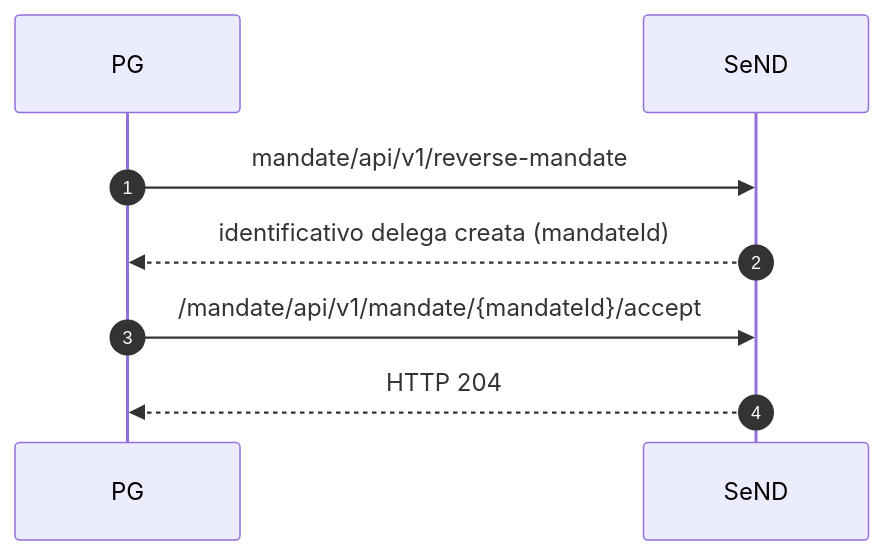
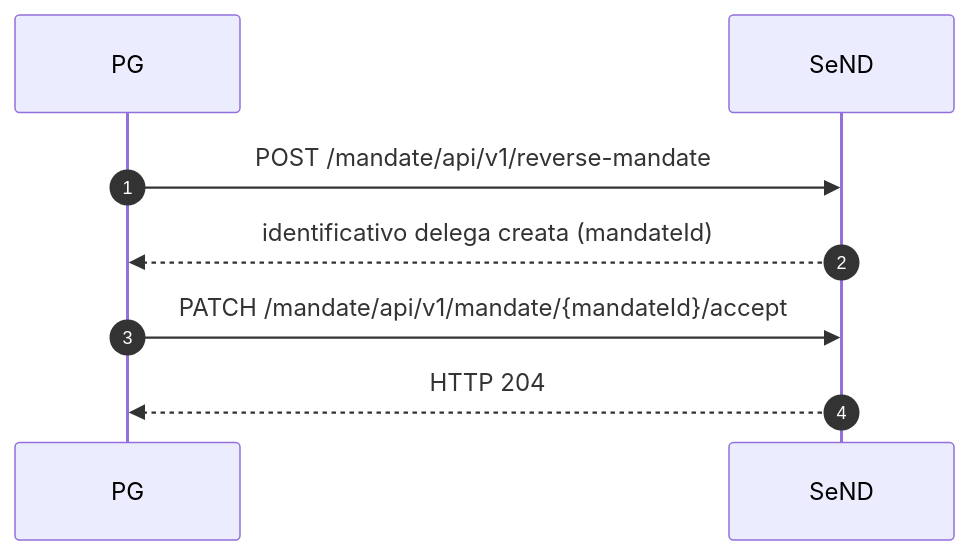
The diagram in docs/images/pg_reverse_mandate_creation.mmd (pagopa/pn-mandate), drawn with Mermaid before and after one commit. The commit also changed 3 other files, not shown here.

```diff
--- a/docs/images/pg_reverse_mandate_creation.mmd
+++ b/docs/images/pg_reverse_mandate_creation.mmd
@@ -1,6 +1,6 @@
 sequenceDiagram
     autonumber
-    PG->>SeND:  mandate/api/v1/reverse-mandate
+    PG->>SeND:  POST /mandate/api/v1/reverse-mandate
     SeND-->>PG: identificativo delega creata (mandateId)
-    PG->>SeND:  /mandate/api/v1/mandate/{mandateId}/accept
+    PG->>SeND:  PATCH /mandate/api/v1/mandate/{mandateId}/accept
     SeND-->>PG: HTTP 204
```
